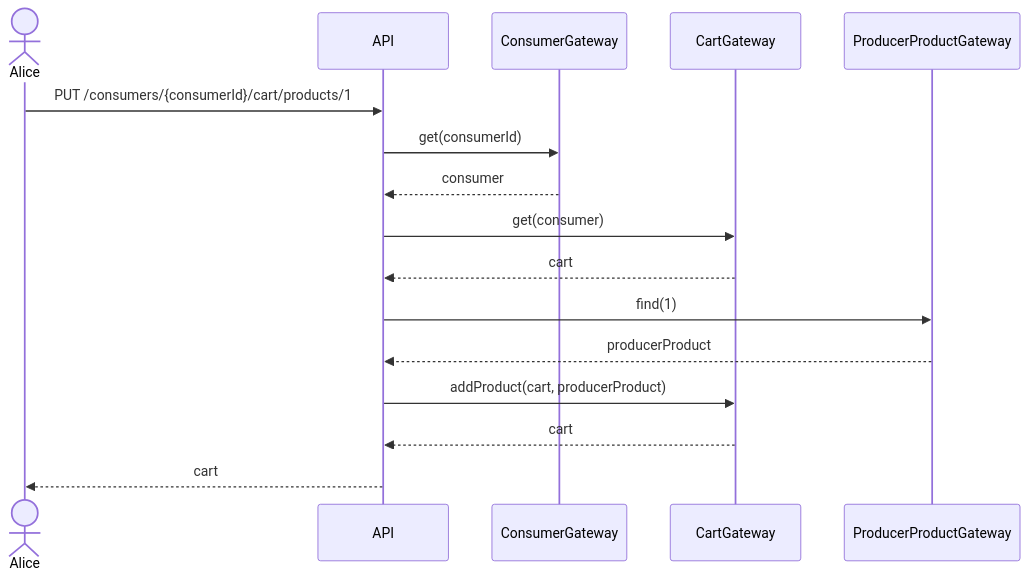
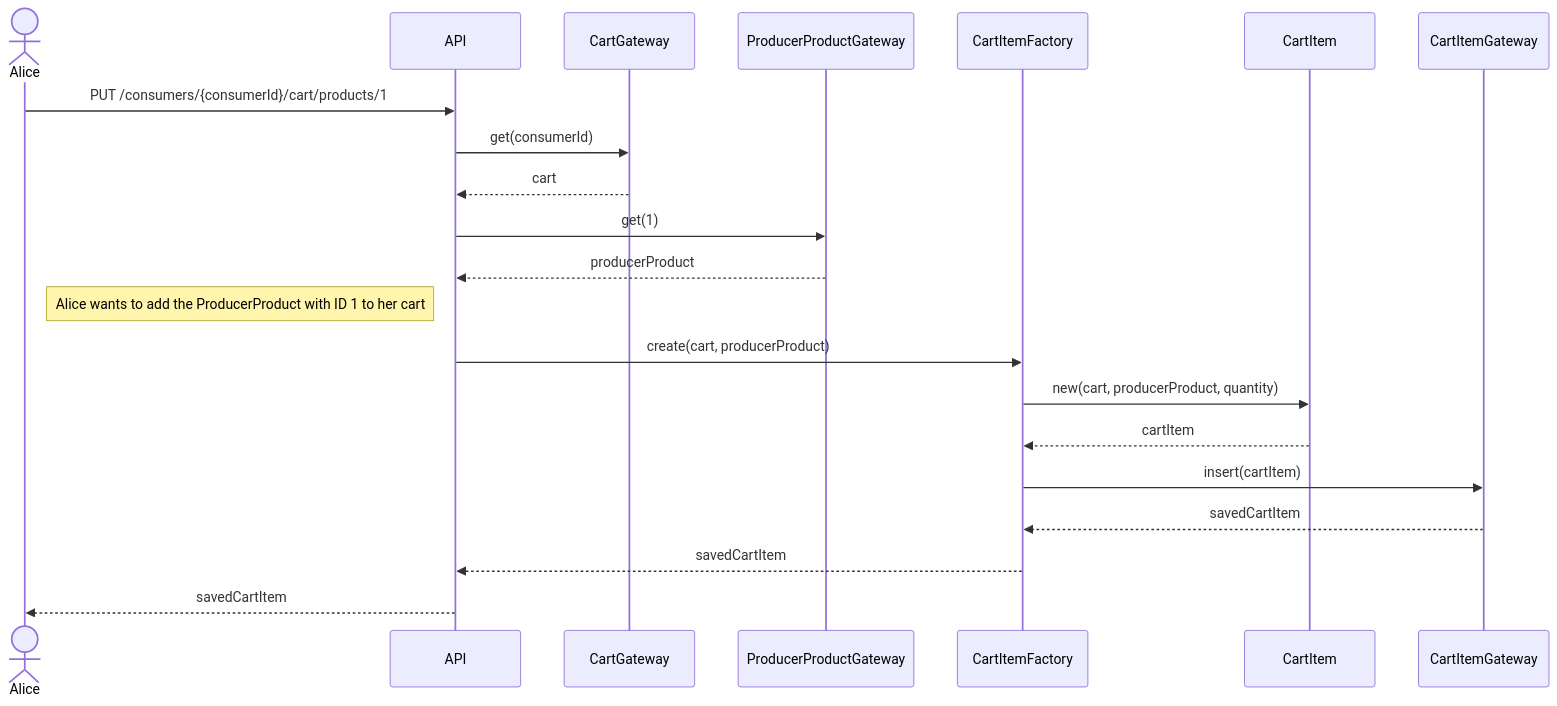
One commit to hivetown/planning changed the fourth of 32 diagrams in sequence.md. Above: the diagram before and after it, drawn with Mermaid. The commit also changed other lines of this file, not shown here.

````diff
--- a/sequence.md
+++ b/sequence.md
@@ -175,19 +175,29 @@
 ```mermaid
 sequenceDiagram
     actor A as Alice
     participant API
-    participant CG as ConsumerGateway
     participant CaG as CartGateway
     participant PPG as ProducerProductGateway
+    participant CaIF as CartItemFactory
+    participant CaI as CartItem
+    participant CaIG as CartItemGateway
 
     A ->> API: PUT /consumers/{consumerId}/cart/products/1
-    API ->> CG: get(consumerId)
-    CG -->> API: consumer
-    API ->> CaG: get(consumer)
+    API ->> CaG: get(consumerId)
     CaG -->> API: cart
-    API ->> PPG: find(1)
+    API ->> PPG: get(1)
     PPG -->> API: producerProduct
-    API ->> CaG: addProduct(cart, producerProduct)
-    CaG -->> API: cart
-    API -->> A: cart
+
+    Note right of A: Alice wants to add the ProducerProduct with ID 1 to her cart
+    API ->> CaIF: create(cart, producerProduct)
+
+    CaIF ->> CaI: new(cart, producerProduct, quantity)
+    CaI -->> CaIF: cartItem
+
+    CaIF ->> CaIG: insert(cartItem)
+    CaIG -->> CaIF: savedCartItem
+
+    CaIF -->> API: savedCartItem
+    
+    API -->> A: savedCartItem
 ```
````
